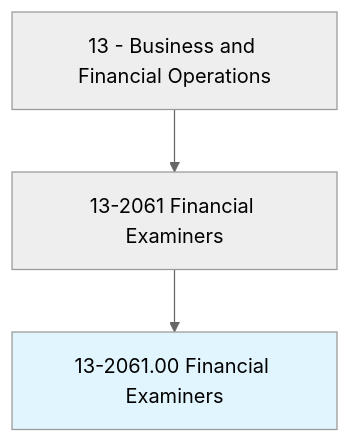
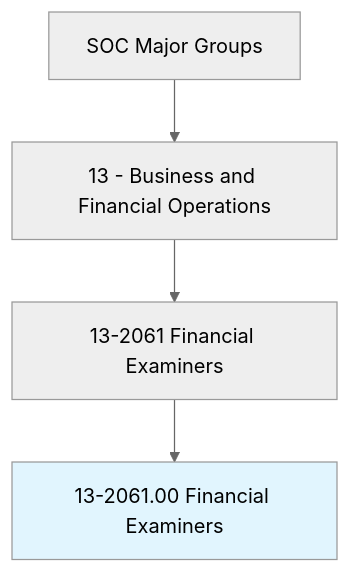
Before and after one commit to kziemski/business.org.ai: the first of 4 diagrams in occupations/Business/FinancialExaminers.mdx, drawn with Mermaid (neutral theme). The commit also changed other lines of this file and 938 other files, not shown here.

````diff
--- a/occupations/Business/FinancialExaminers.mdx
+++ b/occupations/Business/FinancialExaminers.mdx
@@ -19,6 +25,7 @@
 ```mermaid
 graph TD
-    Cat13["13 - Business and Financial Operations"] --> Group132061["13-2061 Financial Examiners"]
-    Group132061 --> Current["13-2061.00 Financial Examiners"]
+    SOC["SOC Major Groups"] --> Cat13["13 - Business and Financial Operations"]
+    Cat13 --> G132061["13-2061 Financial Examiners"]
+    G132061 --> Current["13-2061.00 Financial Examiners"]
     style Current fill:#e1f5fe
 ```
````
